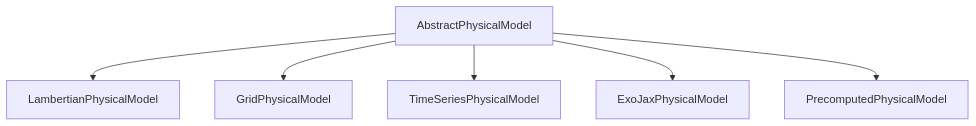
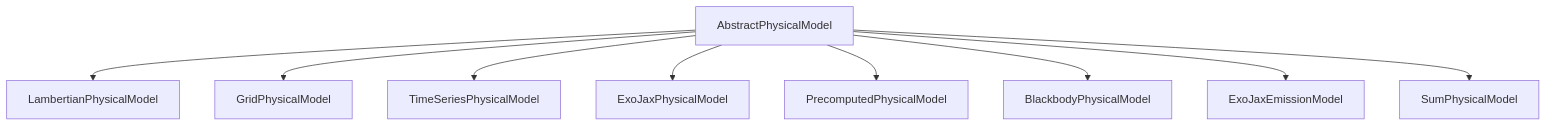
One commit to CoreySpohn/skyscapes changed the diagram in docs/explanation/physical_models.md. Above: the diagram before and after it, drawn with Mermaid. The commit also changed other lines of this file and 16 other files, not shown here.

Commit message:
feat(physical_model): planet flux is the primary quantity; a sum model carries reflected and thermal light

````diff
--- a/docs/explanation/physical_models.md
+++ b/docs/explanation/physical_models.md
@@ -14,15 +12,21 @@
 ```mermaid
 flowchart TB
     APM[AbstractPhysicalModel]
     LPM[LambertianPhysicalModel]
     GPM[GridPhysicalModel]
     TPM[TimeSeriesPhysicalModel]
     EXO[ExoJaxPhysicalModel]
     PPM[PrecomputedPhysicalModel]
+    BB[BlackbodyPhysicalModel]
+    EM[ExoJaxEmissionModel]
+    SUM[SumPhysicalModel]
 
     APM --> LPM
     APM --> GPM
     APM --> TPM
     APM --> EXO
     APM --> PPM
+    APM --> BB
+    APM --> EM
+    APM --> SUM
 ```
````
